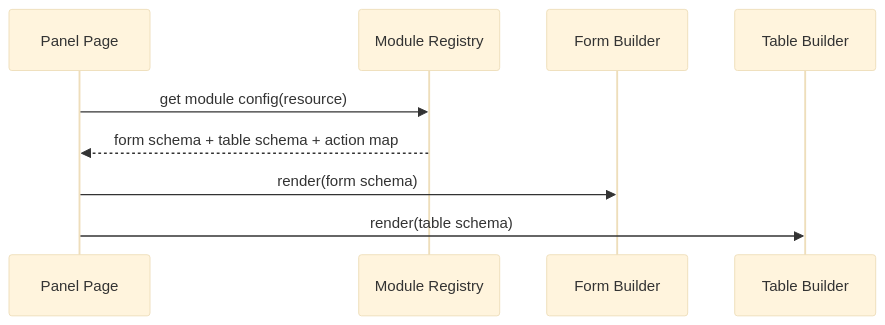
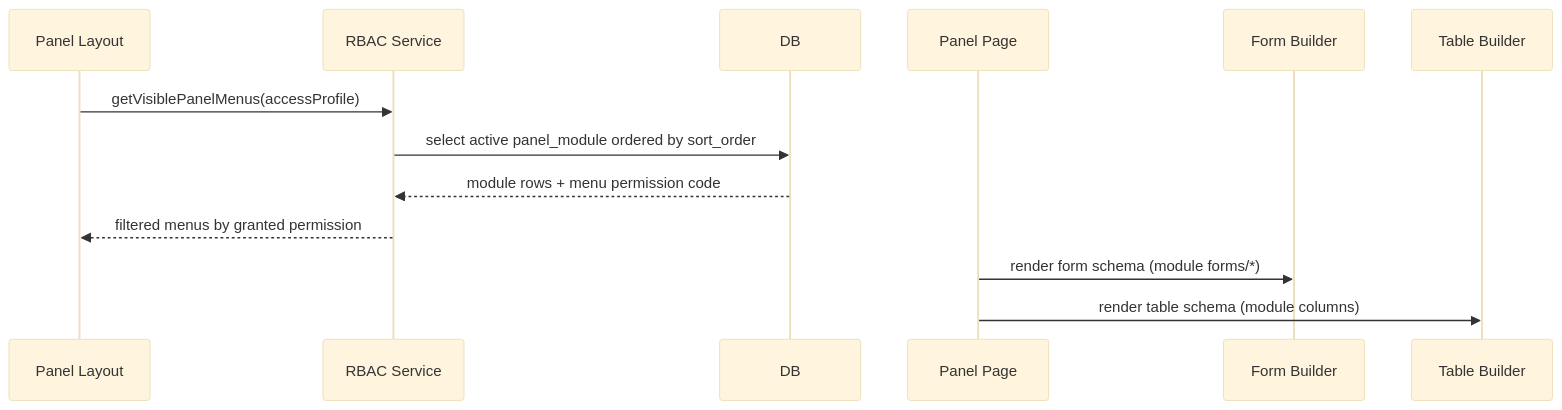
The diagram in docs/design-system-uml/sequence-dynamic-crud-rendering.md (lutfiangga/nuwaira-web), drawn with Mermaid (base theme) before and after one commit. The commit also changed 183 other files, not shown here.

````diff
--- a/docs/design-system-uml/sequence-dynamic-crud-rendering.md
+++ b/docs/design-system-uml/sequence-dynamic-crud-rendering.md
@@ -3,12 +3,17 @@
 ```mermaid
 sequenceDiagram
-  participant UI as Panel Page
-  participant REG as Module Registry
-  participant FB as Form Builder
-  participant TB as Table Builder
+  participant L as Panel Layout
+  participant R as RBAC Service
+  participant D as DB
+  participant P as Panel Page
+  participant F as Form Builder
+  participant T as Table Builder
 
-  UI->>REG: get module config(resource)
-  REG-->>UI: form schema + table schema + action map
-  UI->>FB: render(form schema)
-  UI->>TB: render(table schema)
+  L->>R: getVisiblePanelMenus(accessProfile)
+  R->>D: select active panel_module ordered by sort_order
+  D-->>R: module rows + menu permission code
+  R-->>L: filtered menus by granted permission
+
+  P->>F: render form schema (module forms/*)
+  P->>T: render table schema (module columns)
 ```
````
